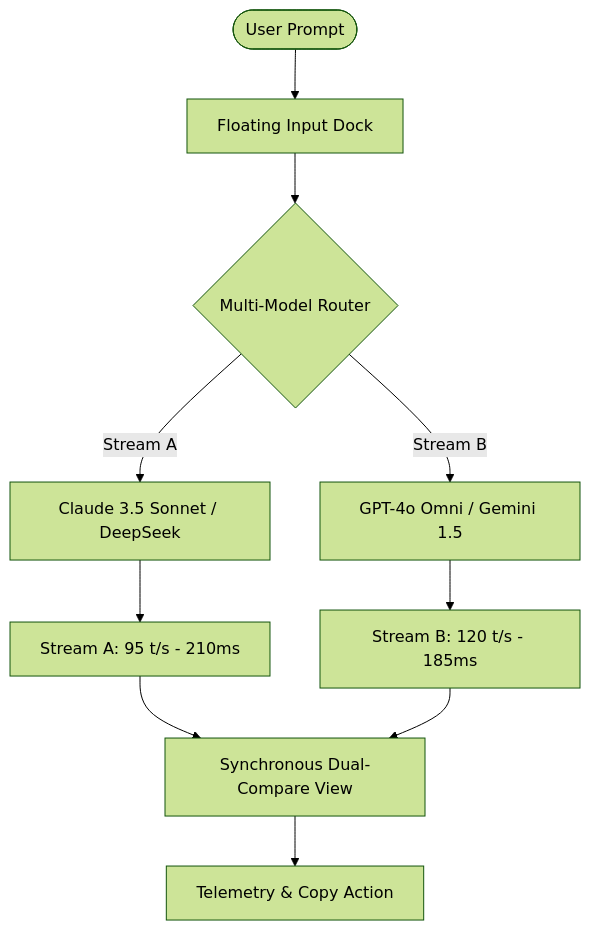
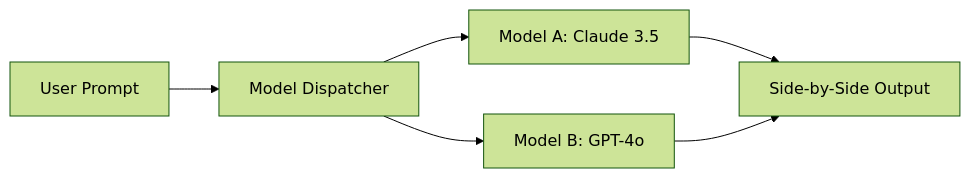
The diagram in README.md (mahmudulhasanzb/EchoGPT), drawn with Mermaid (forest theme) before and after one commit. The commit also changed other lines of this file and 16 other files, not shown here.

````diff
--- a/README.md
+++ b/README.md
@@ -148,12 +108,8 @@
 ```mermaid
-graph TD
-    User([User Prompt]) --> InputDock[Floating Input Dock]
-    InputDock --> Router{Multi-Model Router}
-    Router -->|Stream A| Claude[Claude 3.5 Sonnet / DeepSeek]
-    Router -->|Stream B| GPT[GPT-4o Omni / Gemini 1.5]
-    Claude --> StreamA[Stream A: 95 t/s - 210ms]
-    GPT --> StreamB[Stream B: 120 t/s - 185ms]
-    StreamA --> SplitView[Synchronous Dual-Compare View]
-    StreamB --> SplitView
-    SplitView --> DiffEngine[Telemetry & Copy Action]
+graph LR
+    Prompt[User Prompt] --> Dispatcher[Model Dispatcher]
+    Dispatcher --> ModelA[Model A: Claude 3.5]
+    Dispatcher --> ModelB[Model B: GPT-4o]
+    ModelA --> SplitView[Side-by-Side Output]
+    ModelB --> SplitView
 ```
````
